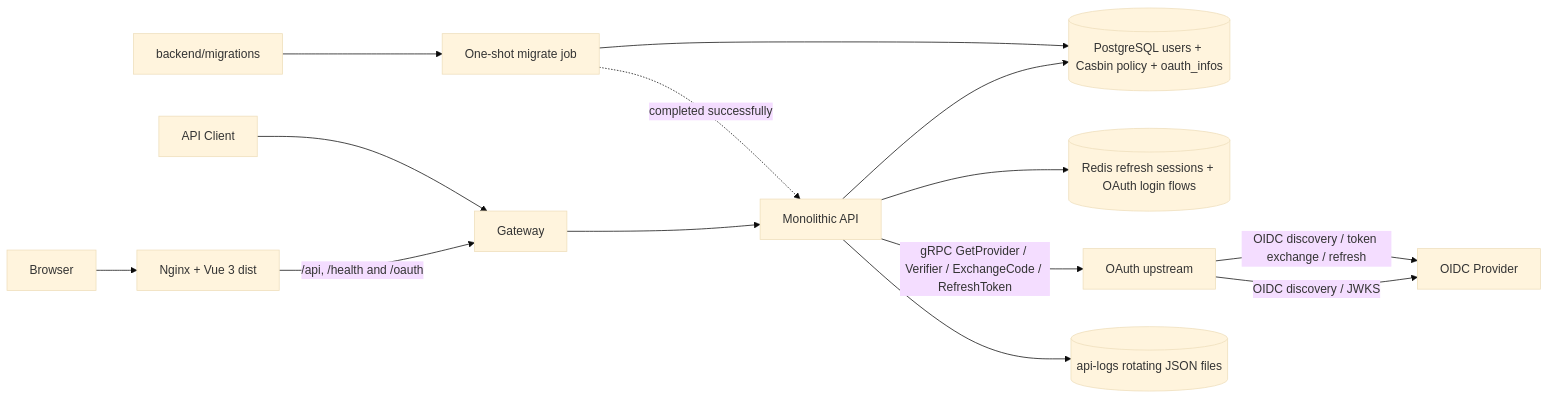
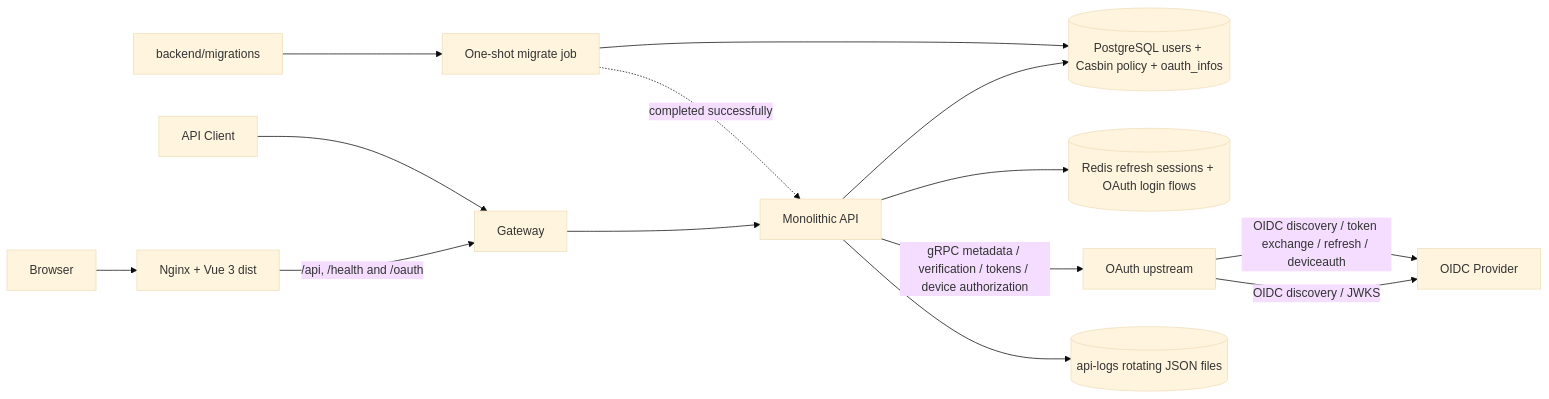
One commit to DWHuang99/erent changed the first of 4 diagrams in ARCHITECTURE.md. Above: the diagram before and after it, drawn with Mermaid (base theme). The commit also changed other lines of this file and 4 other files, not shown here.

````diff
--- a/ARCHITECTURE.md
+++ b/ARCHITECTURE.md
@@ -7,16 +7,16 @@
 ```mermaid
 flowchart LR
     Browser[Browser] --> Web[Nginx + Vue 3 dist]
     Web -->|/api, /health and /oauth| Gateway[Gateway]
     Client[API Client] --> Gateway
     Gateway --> API[Monolithic API]
     API --> PostgreSQL[(PostgreSQL users + Casbin policy + oauth_infos)]
     API --> Redis[(Redis refresh sessions + OAuth login flows)]
     Upstream -->|OIDC discovery / JWKS| OIDC[OIDC Provider]
-    API -->|gRPC GetProvider / Verifier / ExchangeCode / RefreshToken| Upstream[OAuth upstream]
-    Upstream -->|OIDC discovery / token exchange / refresh| OIDC
+    API -->|gRPC metadata / verification / tokens / device authorization| Upstream[OAuth upstream]
+    Upstream -->|OIDC discovery / token exchange / refresh / deviceauth| OIDC
     API --> Logs[(api-logs rotating JSON files)]
     Migrations[backend/migrations] --> Migrator[One-shot migrate job]
     Migrator --> PostgreSQL
     Migrator -. completed successfully .-> API
 ```
````
